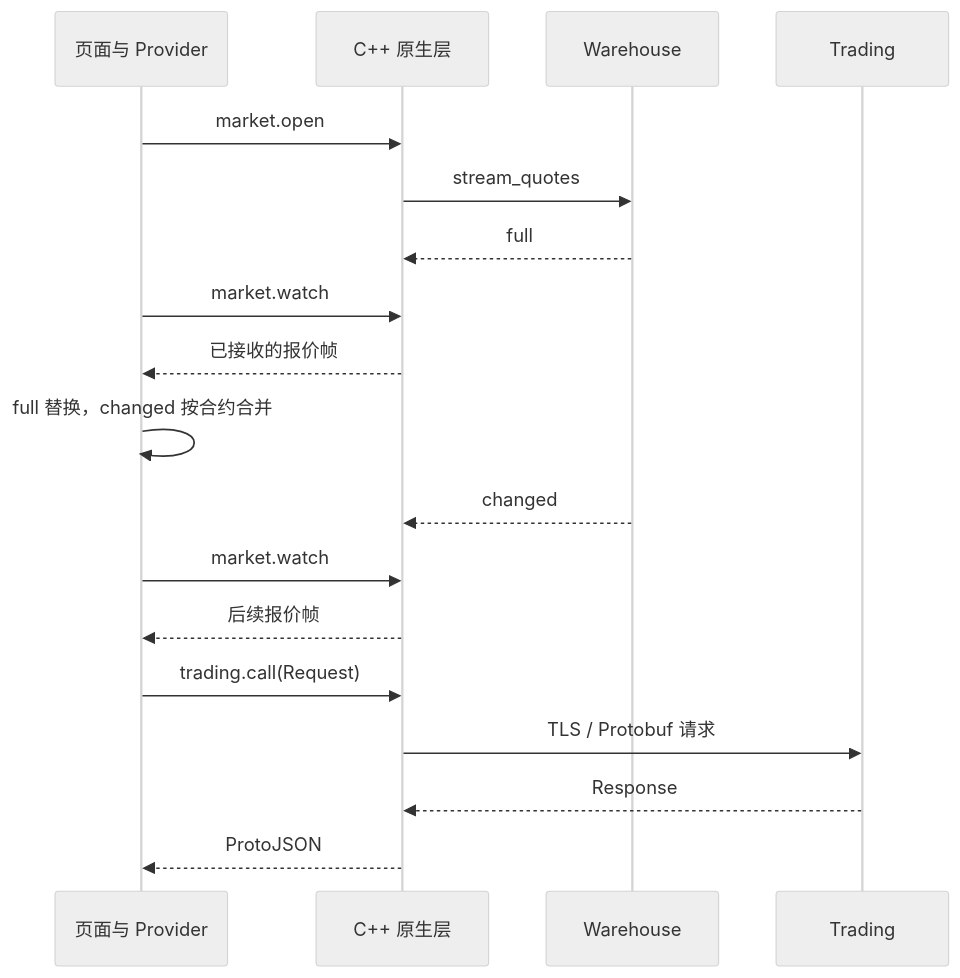
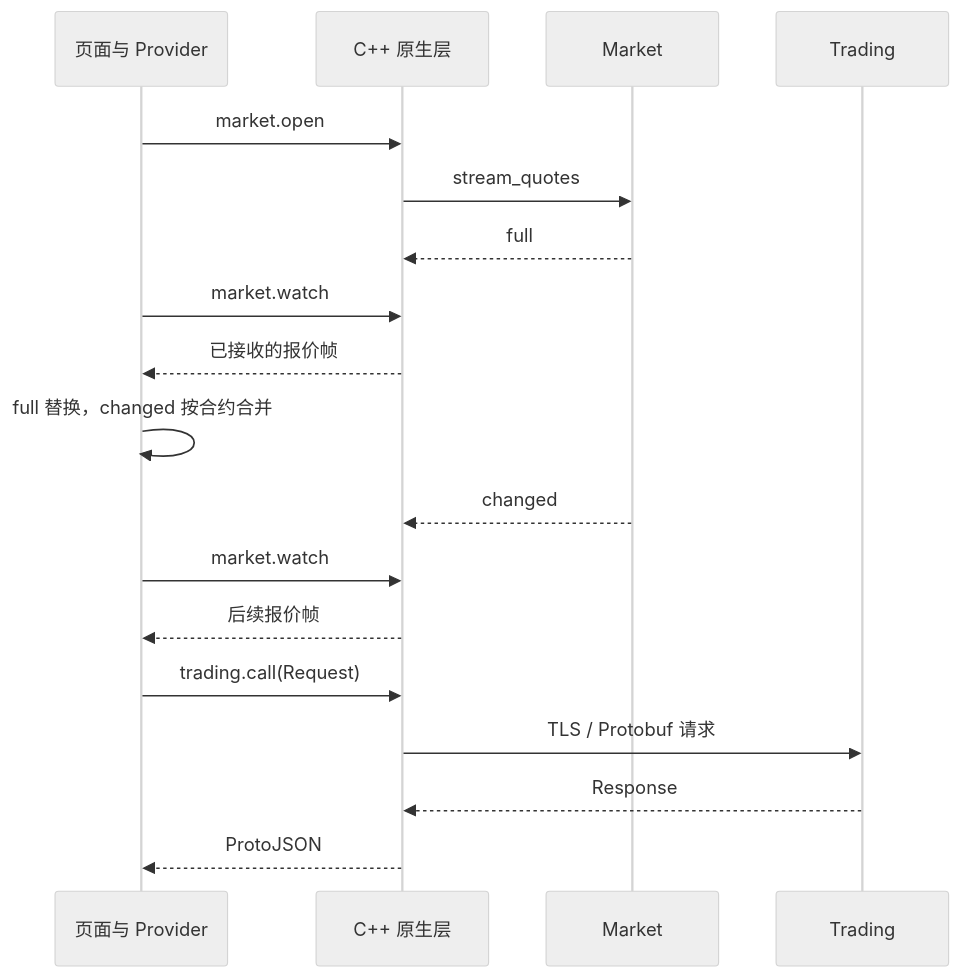
One commit to isqiwen/asterion-terminal changed the fourth of 4 diagrams in docs/terminal/architecture.md. Above: the diagram before and after it, drawn with Mermaid (neutral theme). The commit also changed other lines of this file and 8 other files, not shown here.

````diff
--- a/docs/terminal/architecture.md
+++ b/docs/terminal/architecture.md
@@ -80,20 +81,20 @@
 ```mermaid
 sequenceDiagram
     participant UI as 页面与 Provider
     participant Native as C++ 原生层
-    participant Warehouse
+    participant Market
     participant Trading
     UI->>Native: market.open
-    Native->>Warehouse: stream_quotes
-    Warehouse-->>Native: full
+    Native->>Market: stream_quotes
+    Market-->>Native: full
     UI->>Native: market.watch
     Native-->>UI: 已接收的报价帧
     UI->>UI: full 替换，changed 按合约合并
-    Warehouse-->>Native: changed
+    Market-->>Native: changed
     UI->>Native: market.watch
     Native-->>UI: 后续报价帧
     UI->>Native: trading.call(Request)
     Native->>Trading: TLS / Protobuf 请求
     Trading-->>Native: Response
     Native-->>UI: ProtoJSON
 ```
````
